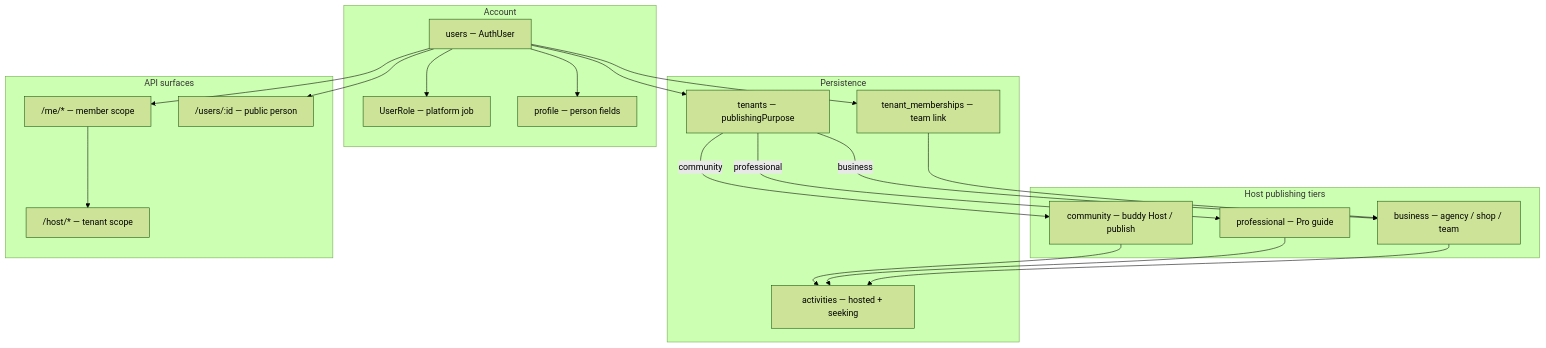
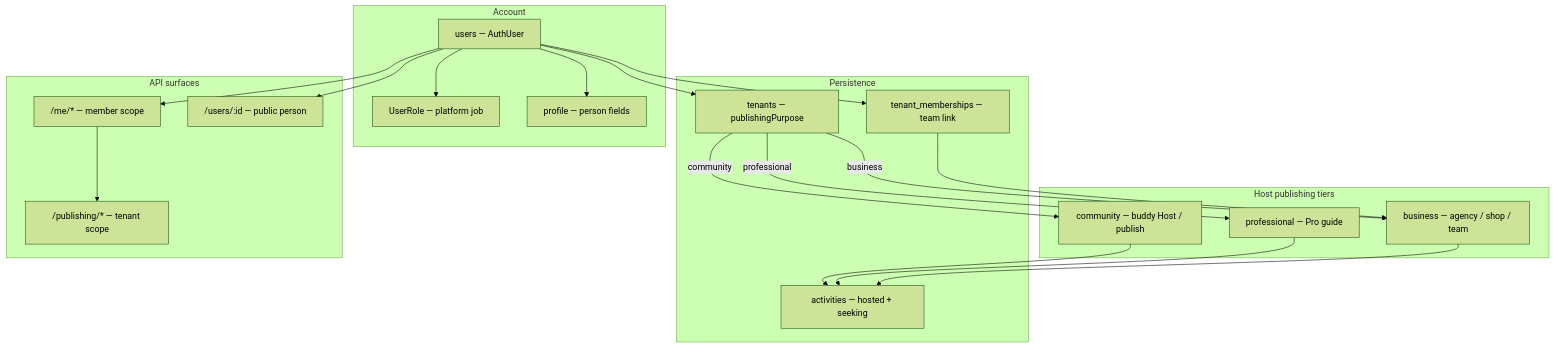
Before and after one commit to rajpurchasync/UAEtrail: the diagram in docs/MEMBER_MODEL.md, drawn with Mermaid (forest theme). The commit also changed other lines of this file and 15 other files, not shown here.

````diff
--- a/docs/MEMBER_MODEL.md
+++ b/docs/MEMBER_MODEL.md
@@ -50,41 +50,41 @@
 ```mermaid
 flowchart TB
   subgraph account [Account]
     U[users — AuthUser]
     UR[UserRole — platform job]
     UP[profile — person fields]
   end
 
   subgraph tiers [Host publishing tiers]
     C[community — buddy Host / publish]
     P[professional — Pro guide]
     B[business — agency / shop / team]
   end
 
   subgraph storage [Persistence]
     T[tenants — publishingPurpose]
     TM[tenant_memberships — team link]
     A[activities — hosted + seeking]
   end
 
   subgraph api [API surfaces]
     ME["/me/* — member scope"]
-    HOST["/host/* — tenant scope"]
+    PUBWS["/publishing/* — tenant scope"]
     PUB["/users/:id — public person"]
   end
 
   U --> UP
   U --> UR
   U --> TM
   U --> T
   T -->|community| C
   T -->|professional| P
   T -->|business| B
   TM --> B
   C --> A
   P --> A
   B --> A
-  ME --> HOST
+  ME --> PUBWS
   U --> ME
   U --> PUB
 ```
````
